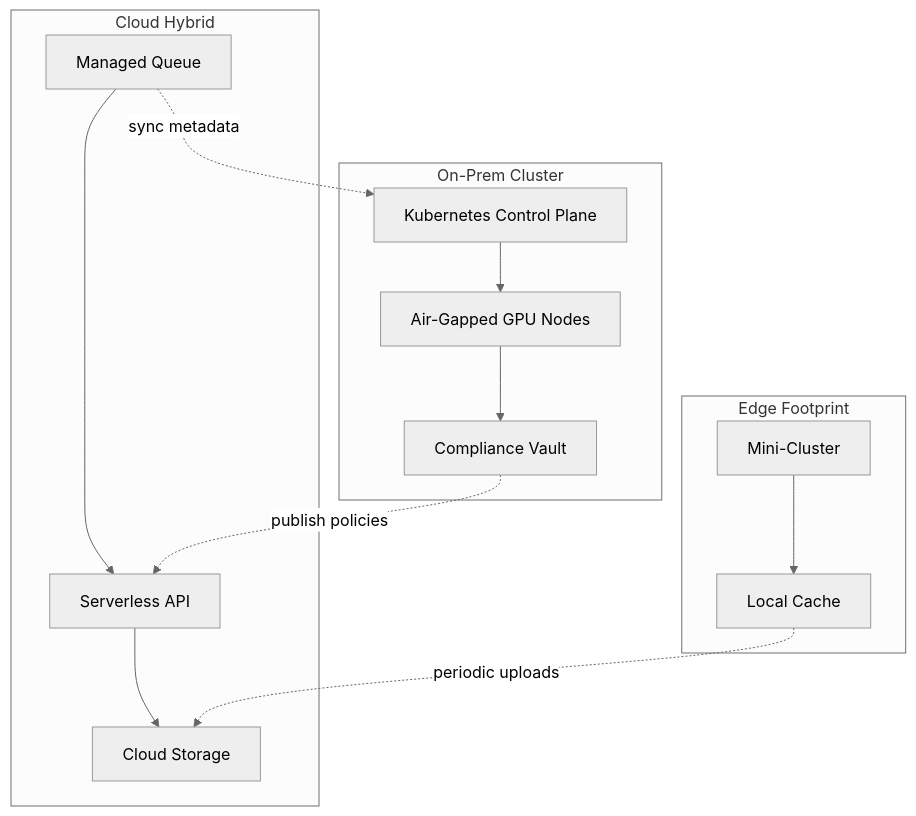
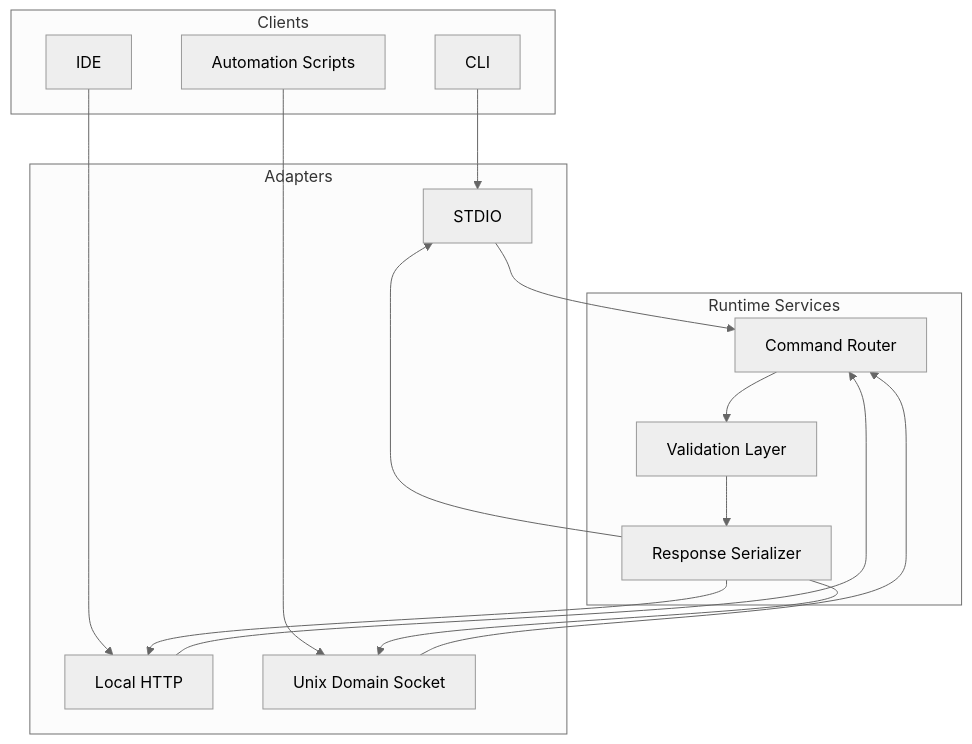
Before and after one commit to JudgeZ/EmbedNexus: the third of 4 diagrams in docs/design/overview.md, drawn with Mermaid (neutral theme). The commit also changed other lines of this file, not shown here.

Commit message:
Update design overview for finalized local architecture

````diff
--- a/docs/design/overview.md
+++ b/docs/design/overview.md
@@ -116,26 +62,29 @@
 ```mermaid
 graph TD
-    subgraph On-Prem Cluster
-        OP1[Kubernetes Control Plane]
-        OP2[Air-Gapped GPU Nodes]
-        OP3[Compliance Vault]
+    subgraph Clients
+        C1[CLI]
+        C2[IDE]
+        C3[Automation Scripts]
     end
-    subgraph Cloud Hybrid
-        CL1[Managed Queue]
-        CL2[Serverless API]
-        CL3[Cloud Storage]
+    subgraph Adapters
+        A1[Local HTTP]
+        A2[STDIO]
+        A3[Unix Domain Socket]
     end
-    subgraph Edge Footprint
-        ED1[Mini-Cluster]
-        ED2[Local Cache]
+    subgraph RuntimeServices[Runtime Services]
+        R1[Command Router]
+        R2[Validation Layer]
+        R3[Response Serializer]
     end
 
-    OP1 --> OP2
-    OP2 --> OP3
-    CL1 --> CL2
-    CL2 --> CL3
-    ED1 --> ED2
-    CL1 -.sync metadata.-> OP1
-    OP3 -.publish policies.-> CL2
-    ED2 -.periodic uploads.-> CL3
+    C1 --> A2
+    C2 --> A1
+    C3 --> A3
+    A1 --> R1
+    A2 --> R1
+    A3 --> R1
+    R1 --> R2 --> R3
+    R3 --> A1
+    R3 --> A2
+    R3 --> A3
 ```
````
